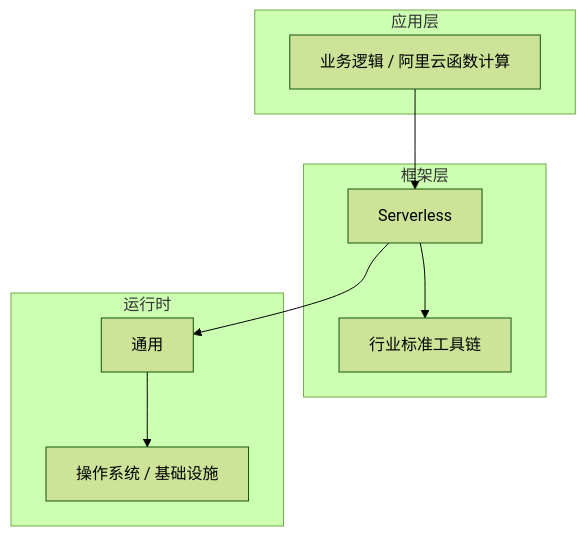
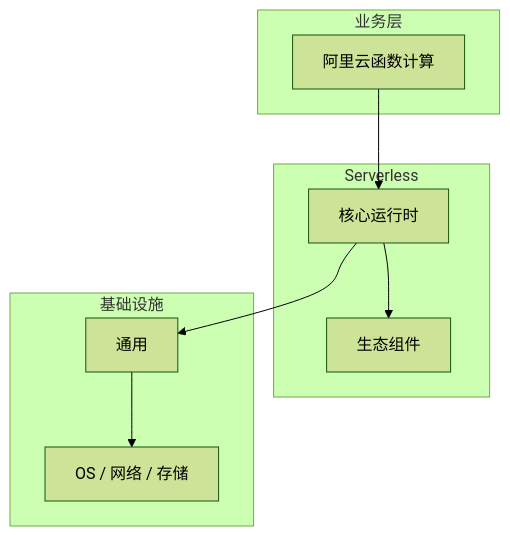
One commit to yanggan2015/knowledge-json-v2 changed the diagram in articles/Serverless/chapters/025-阿里云函数计算核心概念与原理.md. Above: the diagram before and after it, drawn with Mermaid (forest theme). The commit also changed other lines of this file and 10127 other files, not shown here.

````diff
--- a/articles/Serverless/chapters/025-阿里云函数计算核心概念与原理.md
+++ b/articles/Serverless/chapters/025-阿里云函数计算核心概念与原理.md
@@ -45,18 +34,18 @@
 ```mermaid
 graph TB
-    subgraph 应用层
-        A[业务逻辑 / 阿里云函数计算]
+    subgraph 业务层
+        A[阿里云函数计算]
     end
-    subgraph 框架层
-        B[Serverless]
-        C[行业标准工具链]
+    subgraph Serverless
+        B[核心运行时]
+        C[生态组件]
     end
-    subgraph 运行时
+    subgraph 基础设施
         D[通用]
-        E[操作系统 / 基础设施]
+        E[OS / 网络 / 存储]
     end
     A --> B
     B --> C
     B --> D
     D --> E
 ```
````
